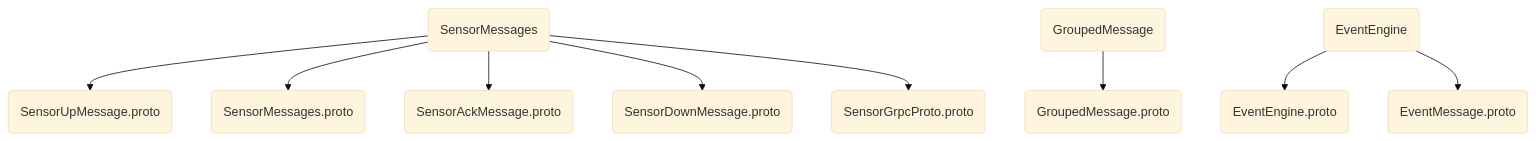
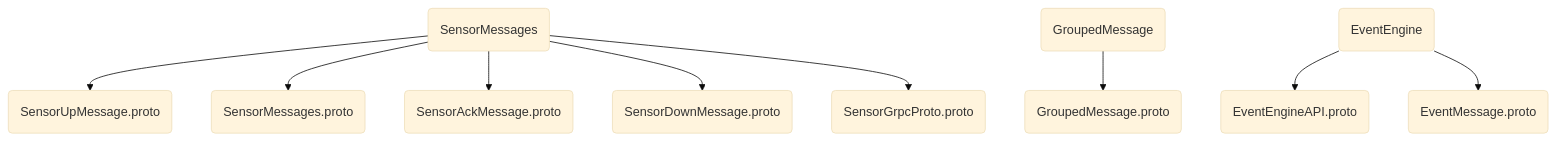
Before and after one commit to zhaihaiqing/MessageProto: the second of 3 diagrams in readme.md, drawn with Mermaid (base theme). The commit also changed other lines of this file, not shown here.

````diff
--- a/readme.md
+++ b/readme.md
@@ -24,15 +26,15 @@
 ```mermaid
 graph TB
 
 A(SensorMessages)-->B(SensorUpMessage.proto)
 A-->C(SensorMessages.proto)
 A-->I(SensorAckMessage.proto)
 A-->J(SensorDownMessage.proto)
 A-->K(SensorGrpcProto.proto)
 
 D(GroupedMessage)-->E(GroupedMessage.proto)
 
-F(EventEngine)-->G(EventEngine.proto)
+F(EventEngine)-->G(EventEngineAPI.proto)
 F-->H(EventMessage.proto)
 
 ```
````
